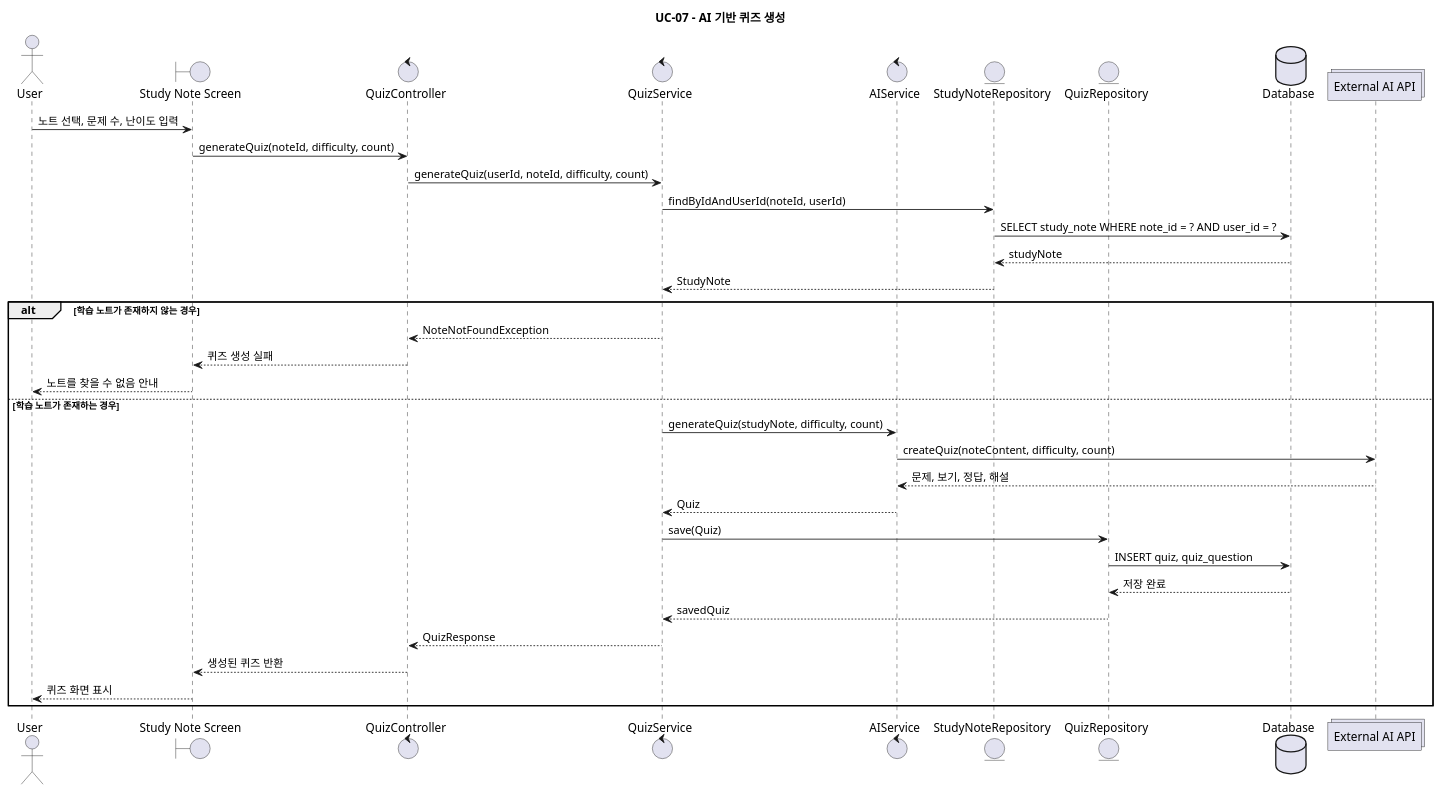
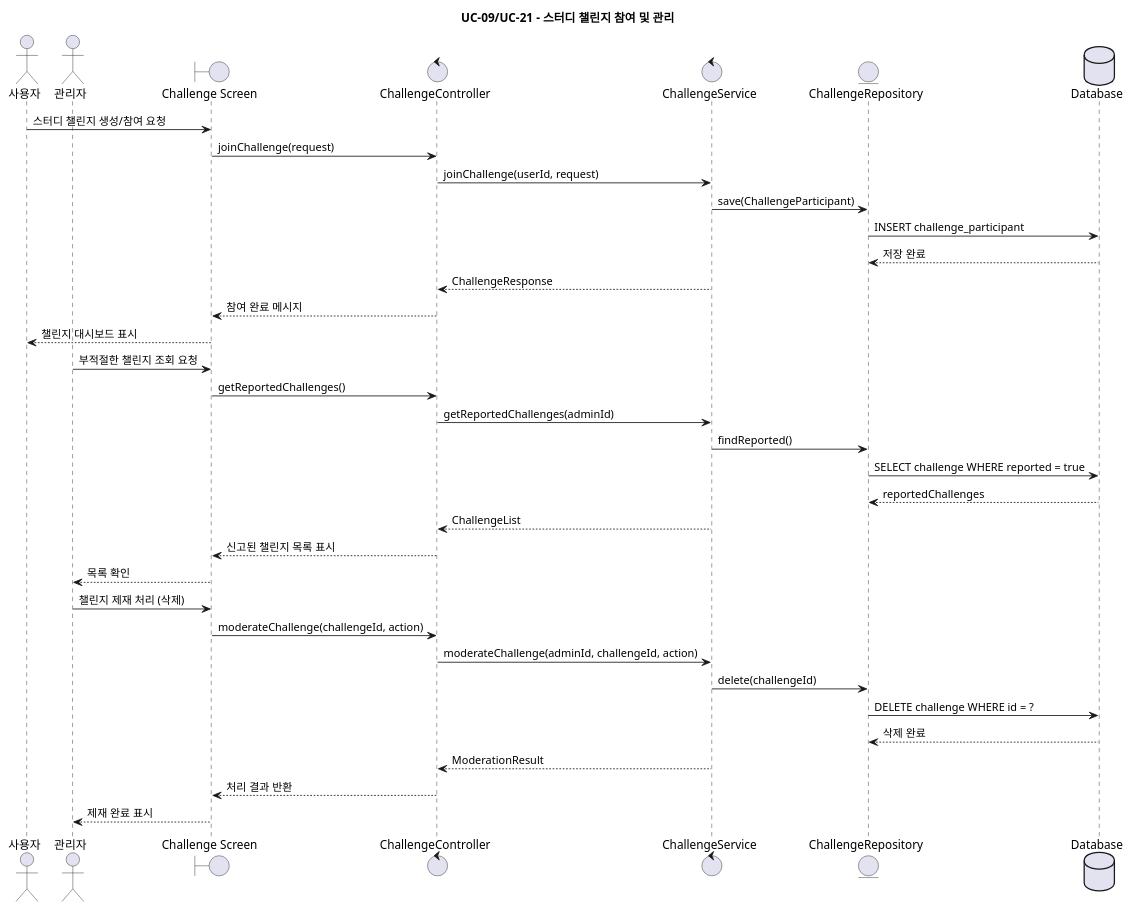
The sixth of 15 diagrams in docs/design/plantuml/sequence-diagrams.puml (jeongiryang/SoftwareEngineering_team15_project_-Smart-Edu-Platform), drawn with PlantUML before and after one commit. The commit also changed other lines of this file and 27 other files, not shown here.

```diff
--- a/docs/design/plantuml/sequence-diagrams.puml
+++ b/docs/design/plantuml/sequence-diagrams.puml
@@ -188,40 +198,41 @@
-@startuml UC07_GenerateQuiz
-title UC-07 - AI 기반 퀴즈 생성
+@startuml UC09-21_StudyChallenge
+title UC-09/UC-21 - 스터디 챌린지 참여 및 관리
 
-actor "User" as User
-boundary "Study Note Screen" as UI
-control "QuizController" as QuizController
-control "QuizService" as QuizService
-control "AIService" as AIService
-entity "StudyNoteRepository" as NoteRepository
-entity "QuizRepository" as QuizRepository
+actor "사용자" as User
+actor "관리자" as Admin
+boundary "Challenge Screen" as UI
+control "ChallengeController" as ChallengeController
+control "ChallengeService" as ChallengeService
+entity "ChallengeRepository" as ChallengeRepository
 database "Database" as DB
-collections "External AI API" as ExternalAI
 
-User -> UI: 노트 선택, 문제 수, 난이도 입력
-UI -> QuizController: generateQuiz(noteId, difficulty, count)
-QuizController -> QuizService: generateQuiz(userId, noteId, difficulty, count)
-QuizService -> NoteRepository: findByIdAndUserId(noteId, userId)
-NoteRepository -> DB: SELECT study_note WHERE note_id = ? AND user_id = ?
-DB --> NoteRepository: studyNote
-NoteRepository --> QuizService: StudyNote
+User -> UI: 스터디 챌린지 생성/참여 요청
+UI -> ChallengeController: joinChallenge(request)
+ChallengeController -> ChallengeService: joinChallenge(userId, request)
+ChallengeService -> ChallengeRepository: save(ChallengeParticipant)
+ChallengeRepository -> DB: INSERT challenge_participant
+DB --> ChallengeRepository: 저장 완료
+ChallengeService --> ChallengeController: ChallengeResponse
+ChallengeController --> UI: 참여 완료 메시지
+UI --> User: 챌린지 대시보드 표시
 
-alt 학습 노트가 존재하지 않는 경우
-  QuizService --> QuizController: NoteNotFoundException
-  QuizController --> UI: 퀴즈 생성 실패
-  UI --> User: 노트를 찾을 수 없음 안내
-else 학습 노트가 존재하는 경우
-  QuizService -> AIService: generateQuiz(studyNote, difficulty, count)
-  AIService -> ExternalAI: createQuiz(noteContent, difficulty, count)
-  ExternalAI --> AIService: 문제, 보기, 정답, 해설
-  AIService --> QuizService: Quiz
-  QuizService -> QuizRepository: save(Quiz)
-  QuizRepository -> DB: INSERT quiz, quiz_question
-  DB --> QuizRepository: 저장 완료
-  QuizRepository --> QuizService: savedQuiz
-  QuizService --> QuizController: QuizResponse
-  QuizController --> UI: 생성된 퀴즈 반환
-  UI --> User: 퀴즈 화면 표시
-end
+Admin -> UI: 부적절한 챌린지 조회 요청
+UI -> ChallengeController: getReportedChallenges()
+ChallengeController -> ChallengeService: getReportedChallenges(adminId)
+ChallengeService -> ChallengeRepository: findReported()
+ChallengeRepository -> DB: SELECT challenge WHERE reported = true
+DB --> ChallengeRepository: reportedChallenges
+ChallengeService --> ChallengeController: ChallengeList
+ChallengeController --> UI: 신고된 챌린지 목록 표시
+UI --> Admin: 목록 확인
 
+Admin -> UI: 챌린지 제재 처리 (삭제)
+UI -> ChallengeController: moderateChallenge(challengeId, action)
+ChallengeController -> ChallengeService: moderateChallenge(adminId, challengeId, action)
+ChallengeService -> ChallengeRepository: delete(challengeId)
+ChallengeRepository -> DB: DELETE challenge WHERE id = ?
+DB --> ChallengeRepository: 삭제 완료
+ChallengeService --> ChallengeController: ModerationResult
+ChallengeController --> UI: 처리 결과 반환
+UI --> Admin: 제재 완료 표시
 @enduml
```
